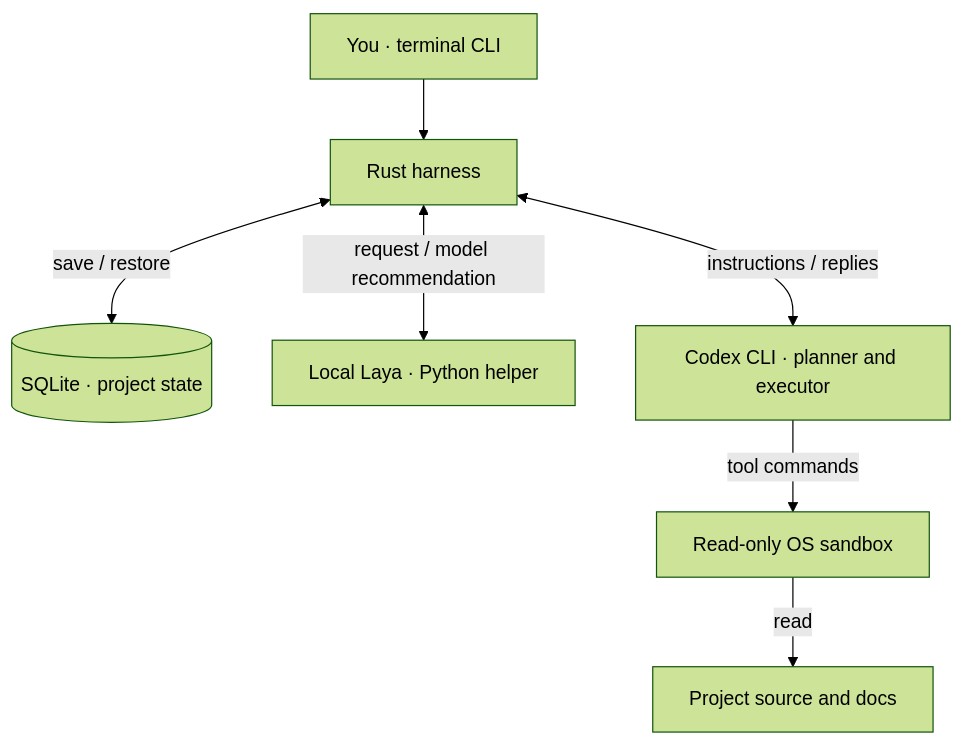
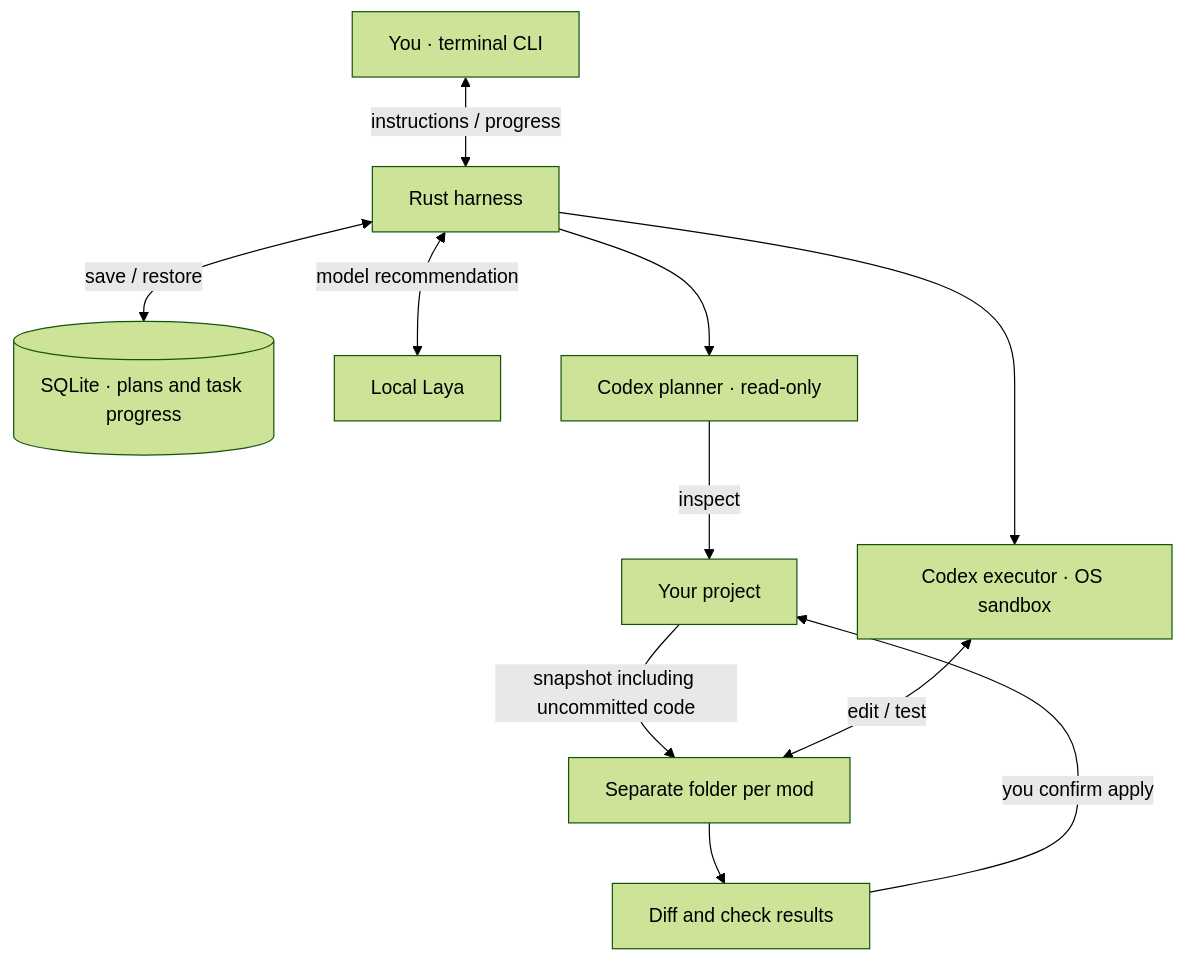
One commit to minimumeffort-dev/sprowt.harness changed the diagram in README.md. Above: the diagram before and after it, drawn with Mermaid (forest theme). The commit also changed other lines of this file and 15 other files, not shown here.

Commit message:
Execute code mod plans in sandboxed working folders

````diff
--- a/README.md
+++ b/README.md
@@ -29,9 +30,13 @@
 ```mermaid
 flowchart TB
-    terminal["You · terminal CLI"] --> harness["Rust harness"]
-    harness <-->|"save / restore"| state[("SQLite · project state")]
-    harness <-->|"request / model recommendation"| laya["Local Laya · Python helper"]
-    harness <-->|"instructions / replies"| codex["Codex CLI · planner and executor"]
-    codex -->|"tool commands"| sandbox["Read-only OS sandbox"]
-    sandbox -->|"read"| project["Project source and docs"]
+    terminal["You · terminal CLI"] <-->|"instructions / progress"| harness["Rust harness"]
+    harness <-->|"save / restore"| state[("SQLite · plans and task progress")]
+    harness <-->|"model recommendation"| laya["Local Laya"]
+    harness --> planner["Codex planner · read-only"]
+    planner -->|"inspect"| project["Your project"]
+    harness --> executor["Codex executor · OS sandbox"]
+    project -->|"snapshot including uncommitted code"| work["Separate folder per mod"]
+    executor <-->|"edit / test"| work
+    work --> review["Diff and check results"]
+    review -->|"you confirm apply"| project
 ```
````
